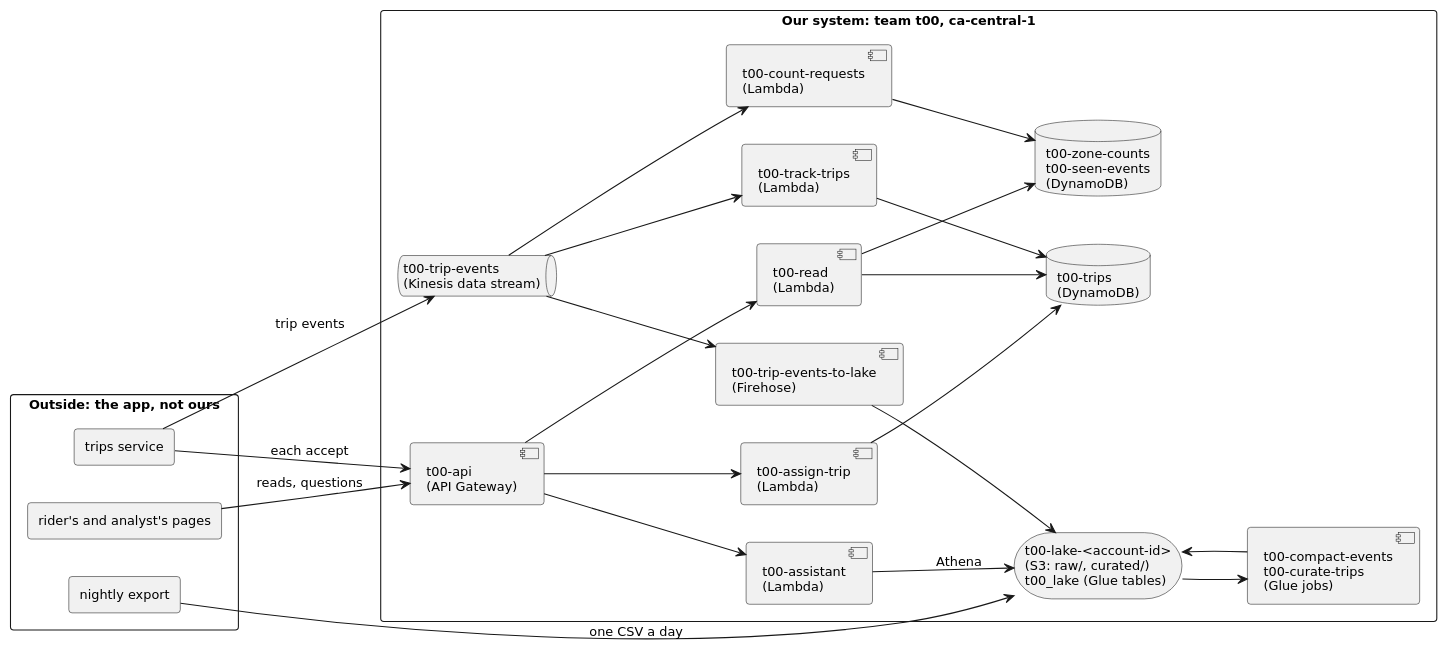
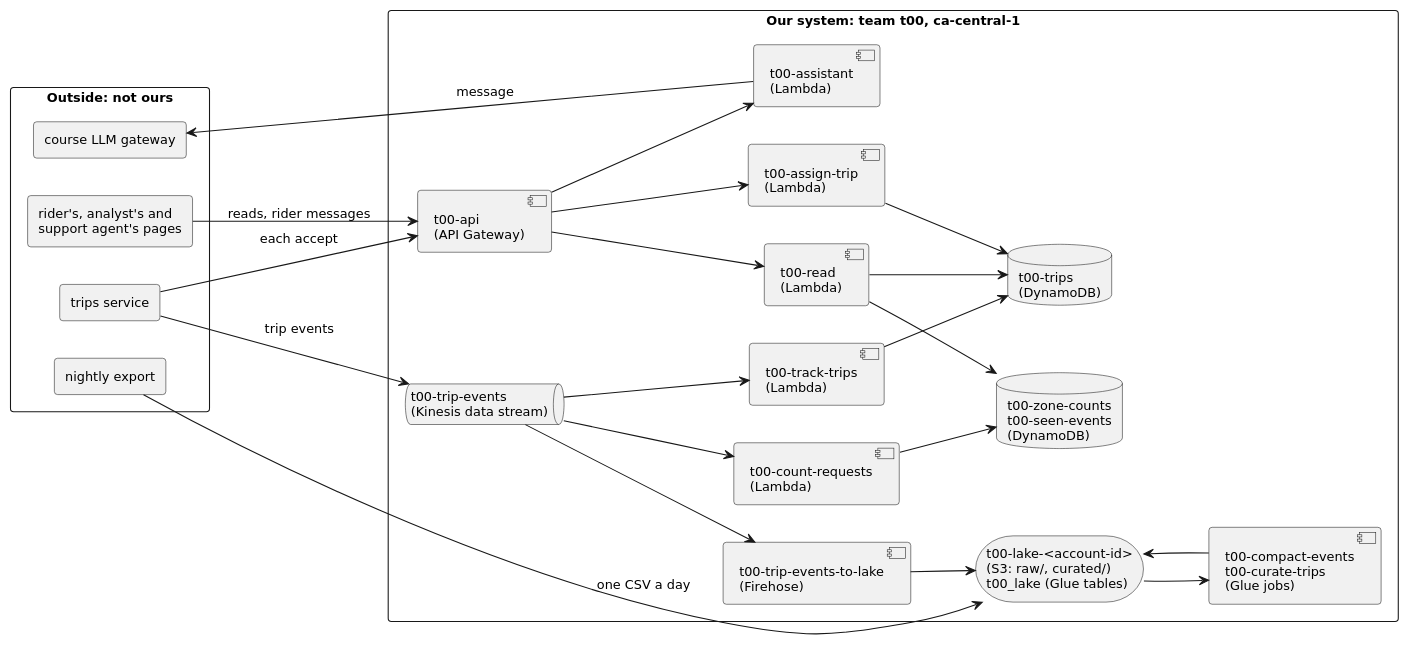
Before and after one commit to cpsc436c-2026w1/b5-t2-behave-sim: the diagram in docs/sketch.puml, drawn with PlantUML. The commit also changed 16 other files, not shown here.

```diff
--- a/docs/sketch.puml
+++ b/docs/sketch.puml
@@ -1,50 +1,51 @@
 @startuml sketch
 ' Sketch of team t00's system. Every box is a row in docs/design.md, Resources, or in the table of what is outside our system.
 left to right direction
 skinparam defaultFontName "DejaVu Sans"
 skinparam defaultFontSize 12
 skinparam shadowing false
 skinparam roundCorner 6
 
-rectangle "Outside: the app, not ours" as outside {
+rectangle "Outside: not ours" as outside {
   agent "trips service" as svc
   agent "nightly export" as export
-  agent "rider's and analyst's pages" as pages
+  agent "rider's, analyst's and\nsupport agent's pages" as pages
+  agent "course LLM gateway" as gateway
 }
 
 rectangle "Our system: team t00, ca-central-1" as ours {
   queue "t00-trip-events\n(Kinesis data stream)" as stream
   component "t00-count-requests\n(Lambda)" as count
   database "t00-zone-counts\nt00-seen-events\n(DynamoDB)" as counts
   component "t00-track-trips\n(Lambda)" as track
   database "t00-trips\n(DynamoDB)" as trips
   component "t00-api\n(API Gateway)" as api
   component "t00-assign-trip\n(Lambda)" as assign
   component "t00-read\n(Lambda)" as read
   component "t00-assistant\n(Lambda)" as assistant
   component "t00-trip-events-to-lake\n(Firehose)" as firehose
   storage "t00-lake-<account-id>\n(S3: raw/, curated/)\nt00_lake (Glue tables)" as lake
   component "t00-compact-events\nt00-curate-trips\n(Glue jobs)" as jobs
 }
 
 svc --> stream : trip events
 svc --> api : each accept
 export --> lake : one CSV a day
-pages --> api : reads, questions
+pages --> api : reads, rider messages
 
 stream --> count
 count --> counts
 stream --> track
 track --> trips
 stream --> firehose
 firehose --> lake
 lake --> jobs
 jobs --> lake
 api --> assign
 assign --> trips
 api --> read
 read --> trips
 read --> counts
 api --> assistant
-assistant --> lake : Athena
+assistant --> gateway : message
 @enduml
```
